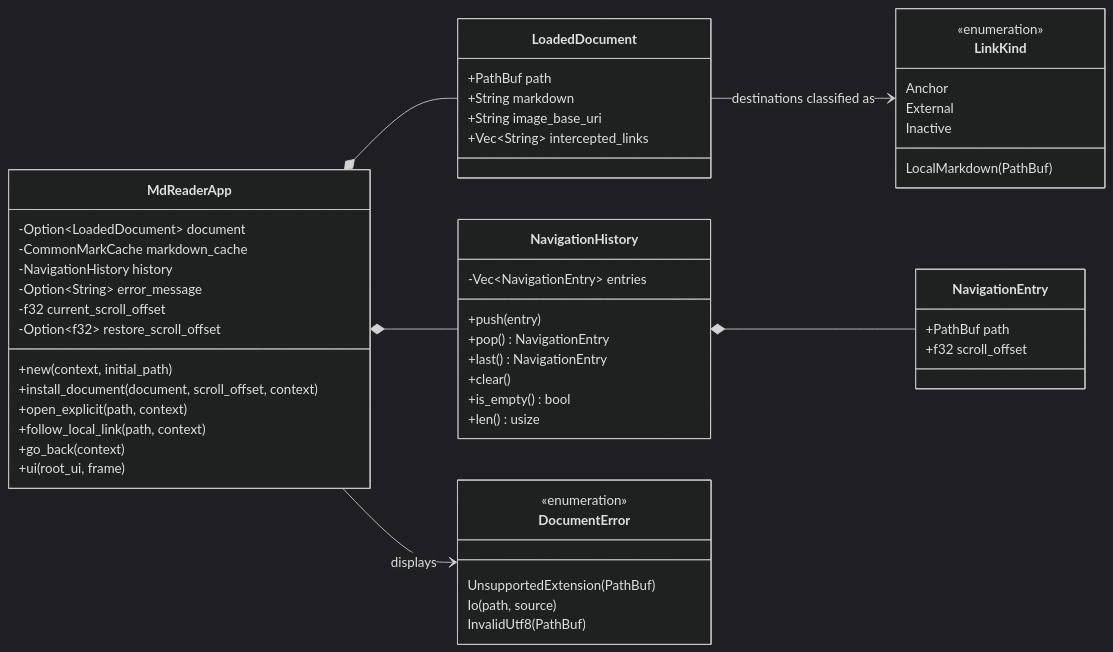
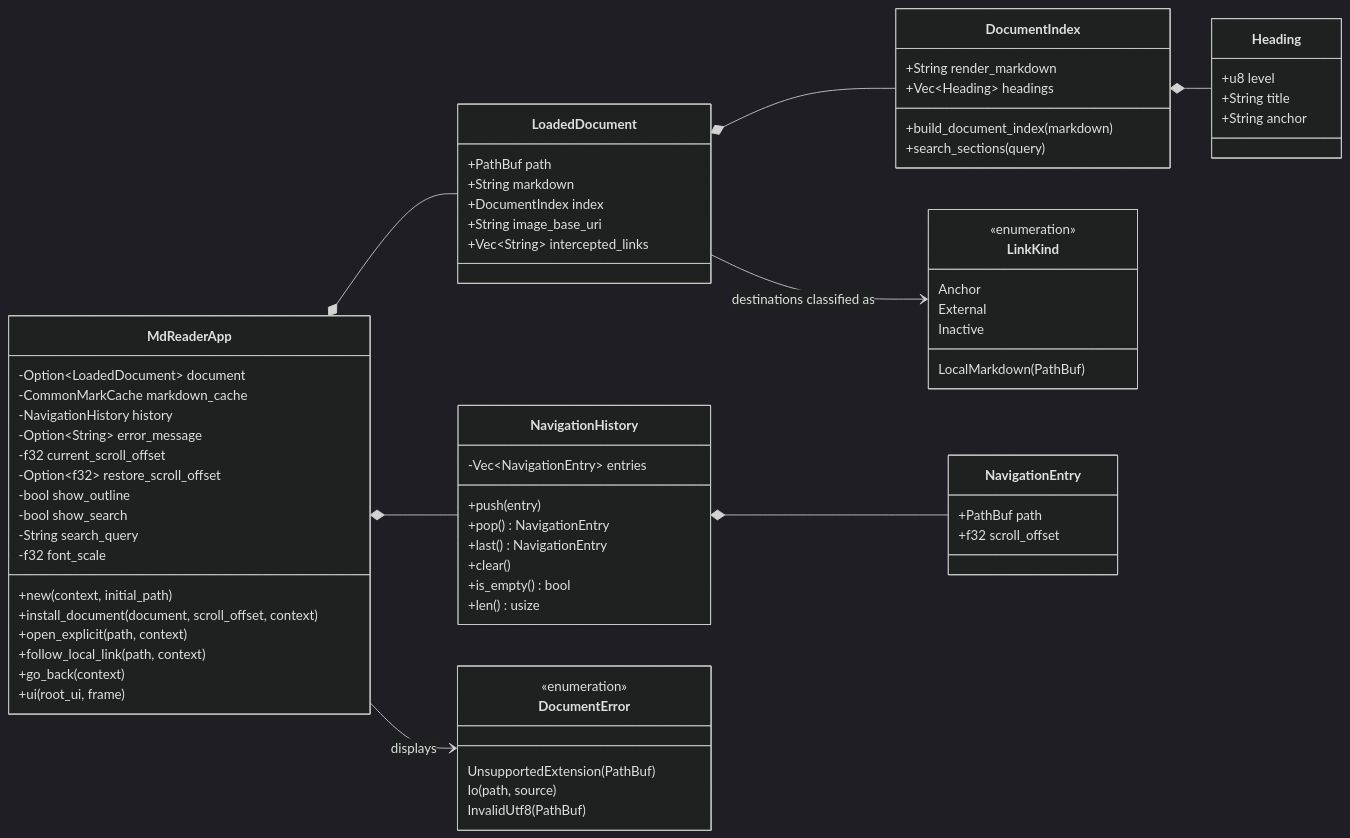
Before and after one commit to OrewellianWinston/Muddy_Reader: diagram 14 of 25 in README.md, drawn with Mermaid (dark theme). The commit also changed other lines of this file, not shown here.

````diff
--- a/README.md
+++ b/README.md
@@ -746,62 +765,82 @@
 ```mermaid
 classDiagram
     direction LR
 
     class MdReaderApp {
         -Option~LoadedDocument~ document
         -CommonMarkCache markdown_cache
         -NavigationHistory history
         -Option~String~ error_message
         -f32 current_scroll_offset
         -Option~f32~ restore_scroll_offset
+        -bool show_outline
+        -bool show_search
+        -String search_query
+        -f32 font_scale
         +new(context, initial_path)
         +install_document(document, scroll_offset, context)
         +open_explicit(path, context)
         +follow_local_link(path, context)
         +go_back(context)
         +ui(root_ui, frame)
     }
 
     class LoadedDocument {
         +PathBuf path
         +String markdown
+        +DocumentIndex index
         +String image_base_uri
         +Vec~String~ intercepted_links
+    }
+
+    class DocumentIndex {
+        +String render_markdown
+        +Vec~Heading~ headings
+        +build_document_index(markdown)
+        +search_sections(query)
+    }
+
+    class Heading {
+        +u8 level
+        +String title
+        +String anchor
     }
 
     class NavigationHistory {
         -Vec~NavigationEntry~ entries
         +push(entry)
         +pop() NavigationEntry
         +last() NavigationEntry
         +clear()
         +is_empty() bool
         +len() usize
     }
 
     class NavigationEntry {
         +PathBuf path
         +f32 scroll_offset
     }
 
     class LinkKind {
         <<enumeration>>
         Anchor
         LocalMarkdown(PathBuf)
         External
         Inactive
     }
 
     class DocumentError {
         <<enumeration>>
         UnsupportedExtension(PathBuf)
         Io(path, source)
         InvalidUtf8(PathBuf)
     }
 
     MdReaderApp *-- LoadedDocument
     MdReaderApp *-- NavigationHistory
     NavigationHistory *-- NavigationEntry
+    LoadedDocument *-- DocumentIndex
+    DocumentIndex *-- Heading
     LoadedDocument --> LinkKind : destinations classified as
     MdReaderApp --> DocumentError : displays
 ```
````
